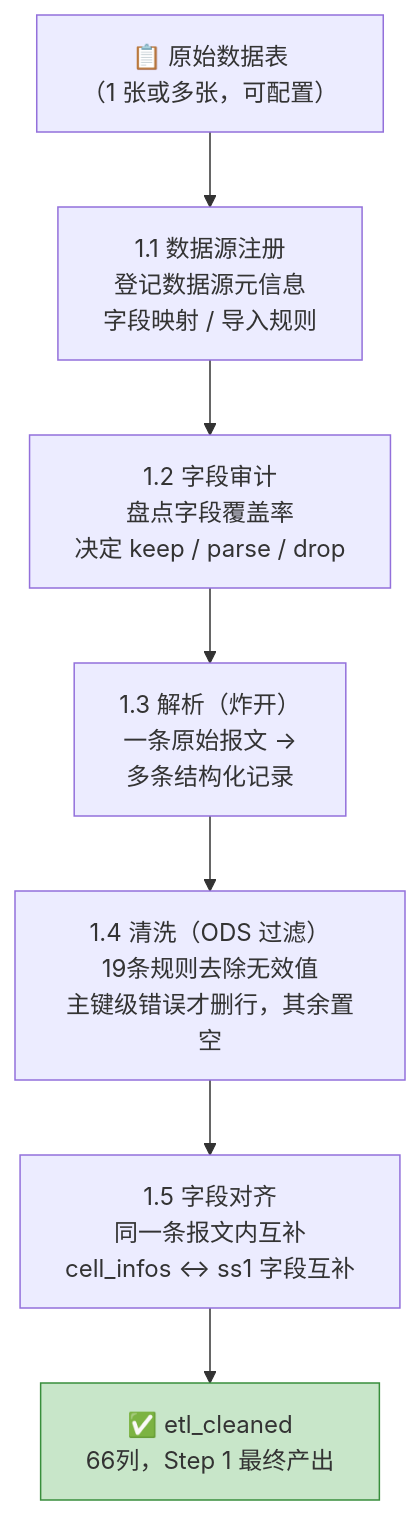
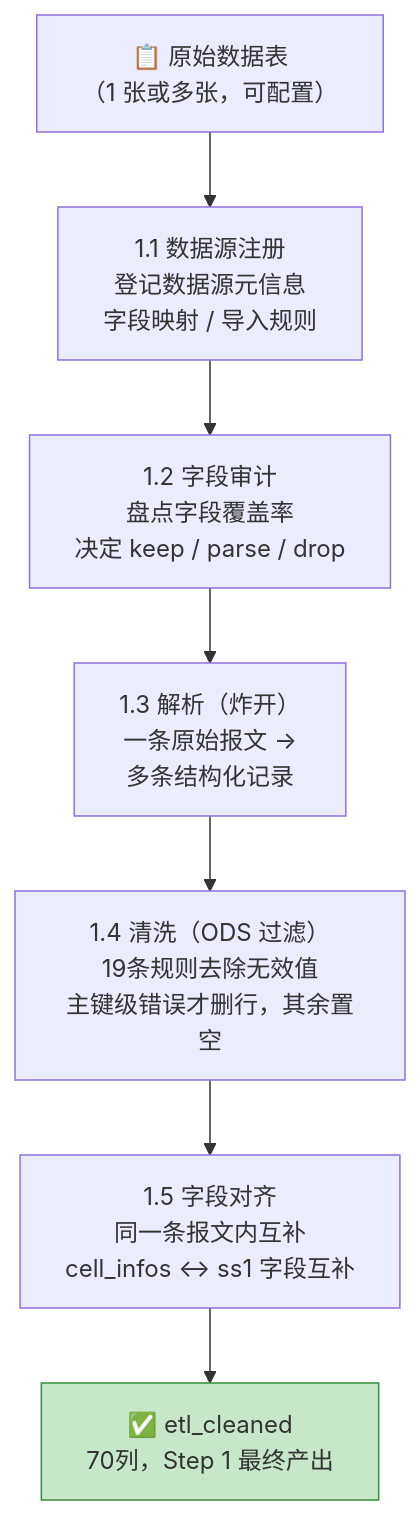
One commit to laoyang75/OptiNet changed the second of 6 diagrams in rebuild5/docs/human_guide/01_Step1_数据源接入.md. Above: the diagram before and after it, drawn with Mermaid. The commit also changed other lines of this file and 141 other files, not shown here.

````diff
--- a/rebuild5/docs/human_guide/01_Step1_数据源接入.md
+++ b/rebuild5/docs/human_guide/01_Step1_数据源接入.md
@@ -26,16 +26,16 @@
 ```mermaid
 flowchart TD
     SRC["📋 原始数据表\n（1 张或多张，可配置）"]
 
     P1["1.1 数据源注册\n登记数据源元信息\n字段映射 / 导入规则"]
     P2["1.2 字段审计\n盘点字段覆盖率\n决定 keep / parse / drop"]
     P3["1.3 解析（炸开）\n一条原始报文 →\n多条结构化记录"]
     P4["1.4 清洗（ODS 过滤）\n19条规则去除无效值\n主键级错误才删行，其余置空"]
     P5["1.5 字段对齐\n同一条报文内互补\ncell_infos ↔ ss1 字段互补"]
 
-    OUT["✅ etl_cleaned\n66列，Step 1 最终产出"]
+    OUT["✅ etl_cleaned\n70列，Step 1 最终产出"]
 
     SRC --> P1 --> P2 --> P3 --> P4 --> P5 --> OUT
 
     style OUT fill:#c8e6c9,stroke:#388e3c
 ```
````
